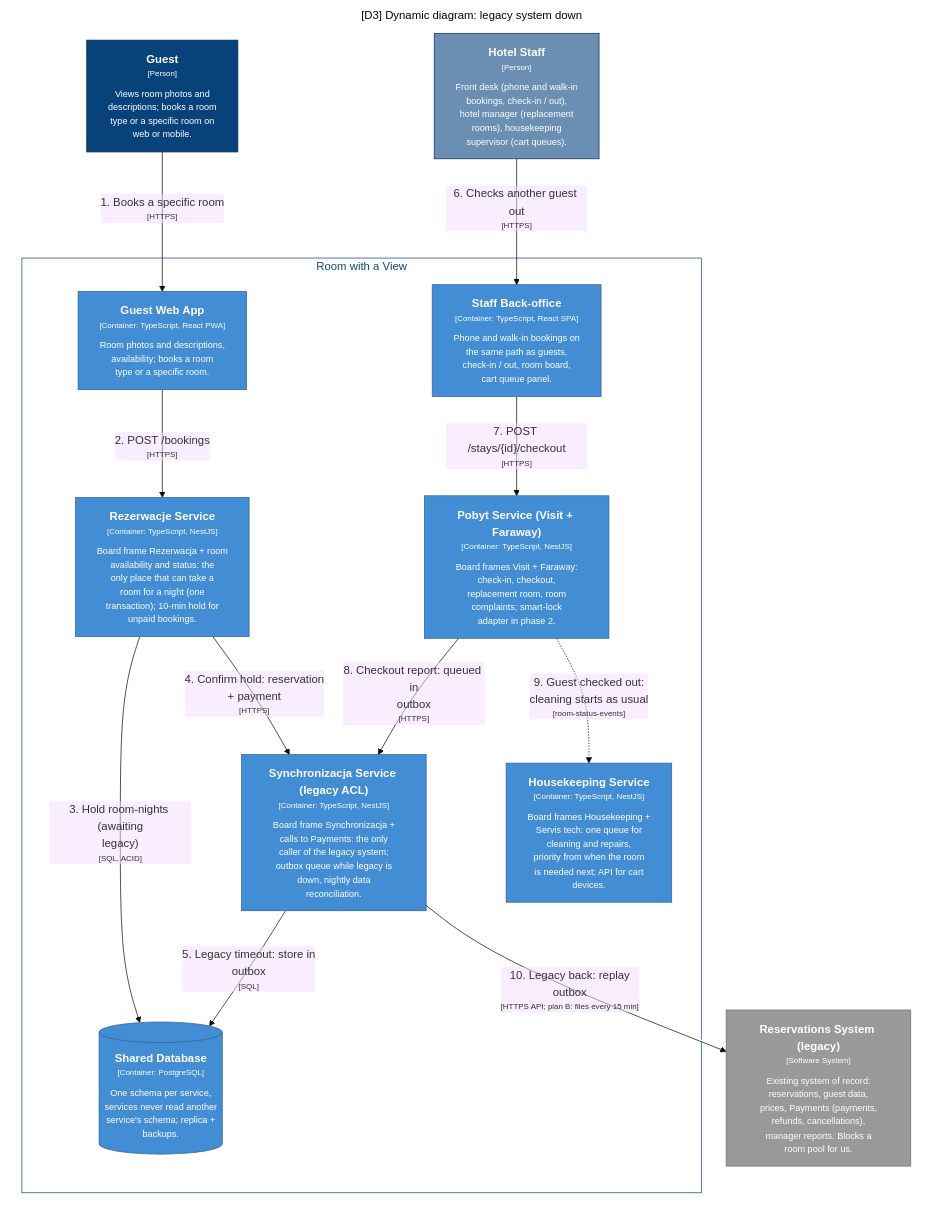
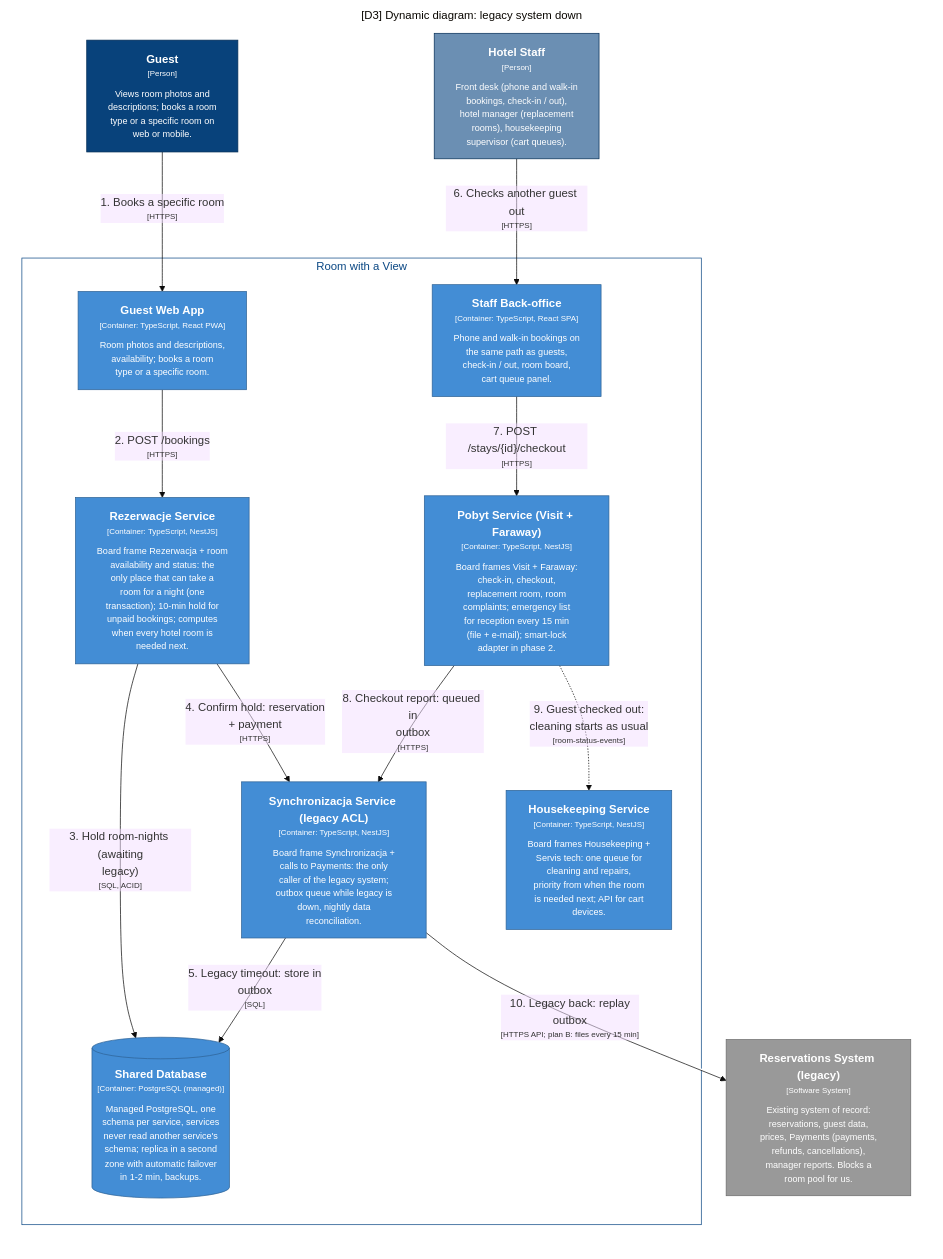
One commit to patrykkarny/Kata-workshopAI changed the diagram in zadanie/c4/out/mermaid/D3-LegacyDown.mmd. Above: the diagram before and after it, drawn with Mermaid (base theme). The commit also changed 21 other files, not shown here.

```diff
--- a/zadanie/c4/out/mermaid/D3-LegacyDown.mmd
+++ b/zadanie/c4/out/mermaid/D3-LegacyDown.mmd
@@ -1,44 +1,44 @@
 graph LR
   linkStyle default fill:#ffffff
 
   subgraph diagram ["[D3] Dynamic diagram: legacy system down"]
     style diagram fill:#ffffff,stroke:#ffffff
 
     subgraph 4 ["Room with a View"]
       style 4 fill:#ffffff,stroke:#0b4884,color:#0b4884
 
-      10["<div style='font-weight: bold'>Pobyt Service (Visit + Faraway)</div><div style='font-size: 70%; margin-top: 0px'>[Container: TypeScript, NestJS]</div><div style='font-size: 80%; margin-top:10px'>Board frames Visit + Faraway:<br />check-in, checkout,<br />replacement room, room<br />complaints; smart-lock<br />adapter in phase 2.</div>"]
+      10["<div style='font-weight: bold'>Pobyt Service (Visit + Faraway)</div><div style='font-size: 70%; margin-top: 0px'>[Container: TypeScript, NestJS]</div><div style='font-size: 80%; margin-top:10px'>Board frames Visit + Faraway:<br />check-in, checkout,<br />replacement room, room<br />complaints; emergency list<br />for reception every 15 min<br />(file + e-mail); smart-lock<br />adapter in phase 2.</div>"]
       style 10 fill:#438dd5,stroke:#2e6295,color:#ffffff
       11["<div style='font-weight: bold'>Synchronizacja Service (legacy ACL)</div><div style='font-size: 70%; margin-top: 0px'>[Container: TypeScript, NestJS]</div><div style='font-size: 80%; margin-top:10px'>Board frame Synchronizacja +<br />calls to Payments: the only<br />caller of the legacy system;<br />outbox queue while legacy is<br />down, nightly data<br />reconciliation.</div>"]
       style 11 fill:#438dd5,stroke:#2e6295,color:#ffffff
-      13[("<div style='font-weight: bold'>Shared Database</div><div style='font-size: 70%; margin-top: 0px'>[Container: PostgreSQL]</div><div style='font-size: 80%; margin-top:10px'>One schema per service,<br />services never read another<br />service's schema; replica +<br />backups.</div>")]
+      13[("<div style='font-weight: bold'>Shared Database</div><div style='font-size: 70%; margin-top: 0px'>[Container: PostgreSQL (managed)]</div><div style='font-size: 80%; margin-top:10px'>Managed PostgreSQL, one<br />schema per service, services<br />never read another service's<br />schema; replica in a second<br />zone with automatic failover<br />in 1-2 min, backups.</div>")]
       style 13 fill:#438dd5,stroke:#2e6295,color:#ffffff
       5["<div style='font-weight: bold'>Guest Web App</div><div style='font-size: 70%; margin-top: 0px'>[Container: TypeScript, React PWA]</div><div style='font-size: 80%; margin-top:10px'>Room photos and descriptions,<br />availability; books a room<br />type or a specific room.</div>"]
       style 5 fill:#438dd5,stroke:#2e6295,color:#ffffff
       6["<div style='font-weight: bold'>Staff Back-office</div><div style='font-size: 70%; margin-top: 0px'>[Container: TypeScript, React SPA]</div><div style='font-size: 80%; margin-top:10px'>Phone and walk-in bookings on<br />the same path as guests,<br />check-in / out, room board,<br />cart queue panel.</div>"]
       style 6 fill:#438dd5,stroke:#2e6295,color:#ffffff
-      8["<div style='font-weight: bold'>Rezerwacje Service</div><div style='font-size: 70%; margin-top: 0px'>[Container: TypeScript, NestJS]</div><div style='font-size: 80%; margin-top:10px'>Board frame Rezerwacja + room<br />availability and status: the<br />only place that can take a<br />room for a night (one<br />transaction); 10-min hold for<br />unpaid bookings.</div>"]
+      8["<div style='font-weight: bold'>Rezerwacje Service</div><div style='font-size: 70%; margin-top: 0px'>[Container: TypeScript, NestJS]</div><div style='font-size: 80%; margin-top:10px'>Board frame Rezerwacja + room<br />availability and status: the<br />only place that can take a<br />room for a night (one<br />transaction); 10-min hold for<br />unpaid bookings; computes<br />when every hotel room is<br />needed next.</div>"]
       style 8 fill:#438dd5,stroke:#2e6295,color:#ffffff
       9["<div style='font-weight: bold'>Housekeeping Service</div><div style='font-size: 70%; margin-top: 0px'>[Container: TypeScript, NestJS]</div><div style='font-size: 80%; margin-top:10px'>Board frames Housekeeping +<br />Servis tech: one queue for<br />cleaning and repairs,<br />priority from when the room<br />is needed next; API for cart<br />devices.</div>"]
       style 9 fill:#438dd5,stroke:#2e6295,color:#ffffff
     end
 
     1["<div style='font-weight: bold'>Guest</div><div style='font-size: 70%; margin-top: 0px'>[Person]</div><div style='font-size: 80%; margin-top:10px'>Views room photos and<br />descriptions; books a room<br />type or a specific room on<br />web or mobile.</div>"]
     style 1 fill:#08427b,stroke:#052e56,color:#ffffff
     2["<div style='font-weight: bold'>Hotel Staff</div><div style='font-size: 70%; margin-top: 0px'>[Person]</div><div style='font-size: 80%; margin-top:10px'>Front desk (phone and walk-in<br />bookings, check-in / out),<br />hotel manager (replacement<br />rooms), housekeeping<br />supervisor (cart queues).</div>"]
     style 2 fill:#6b8fb3,stroke:#052e56,color:#ffffff
     15["<div style='font-weight: bold'>Reservations System (legacy)</div><div style='font-size: 70%; margin-top: 0px'>[Software System]</div><div style='font-size: 80%; margin-top:10px'>Existing system of record:<br />reservations, guest data,<br />prices, Payments (payments,<br />refunds, cancellations),<br />manager reports. Blocks a<br />room pool for us.</div>"]
     style 15 fill:#999999,stroke:#6b6b6b,color:#ffffff
 
     1-- "<div>1. Books a specific room</div><div style='font-size: 70%'>[HTTPS]</div>" -->5
     5-- "<div>2. POST /bookings</div><div style='font-size: 70%'>[HTTPS]</div>" -->8
     8-- "<div>3. Hold room-nights (awaiting<br />legacy)</div><div style='font-size: 70%'>[SQL, ACID]</div>" -->13
     8-- "<div>4. Confirm hold: reservation<br />+ payment</div><div style='font-size: 70%'>[HTTPS]</div>" -->11
     11-- "<div>5. Legacy timeout: store in<br />outbox</div><div style='font-size: 70%'>[SQL]</div>" -->13
     2-- "<div>6. Checks another guest out</div><div style='font-size: 70%'>[HTTPS]</div>" -->6
     6-- "<div>7. POST /stays/{id}/checkout</div><div style='font-size: 70%'>[HTTPS]</div>" -->10
     10-- "<div>8. Checkout report: queued in<br />outbox</div><div style='font-size: 70%'>[HTTPS]</div>" -->11
     10-. "<div>9. Guest checked out:<br />cleaning starts as usual</div><div style='font-size: 70%'>[room-status-events]</div>" .->9
     11-- "<div>10. Legacy back: replay<br />outbox</div><div style='font-size: 70%'>[HTTPS API; plan B: files every 15 min]</div>" -->15
 
   end
```
